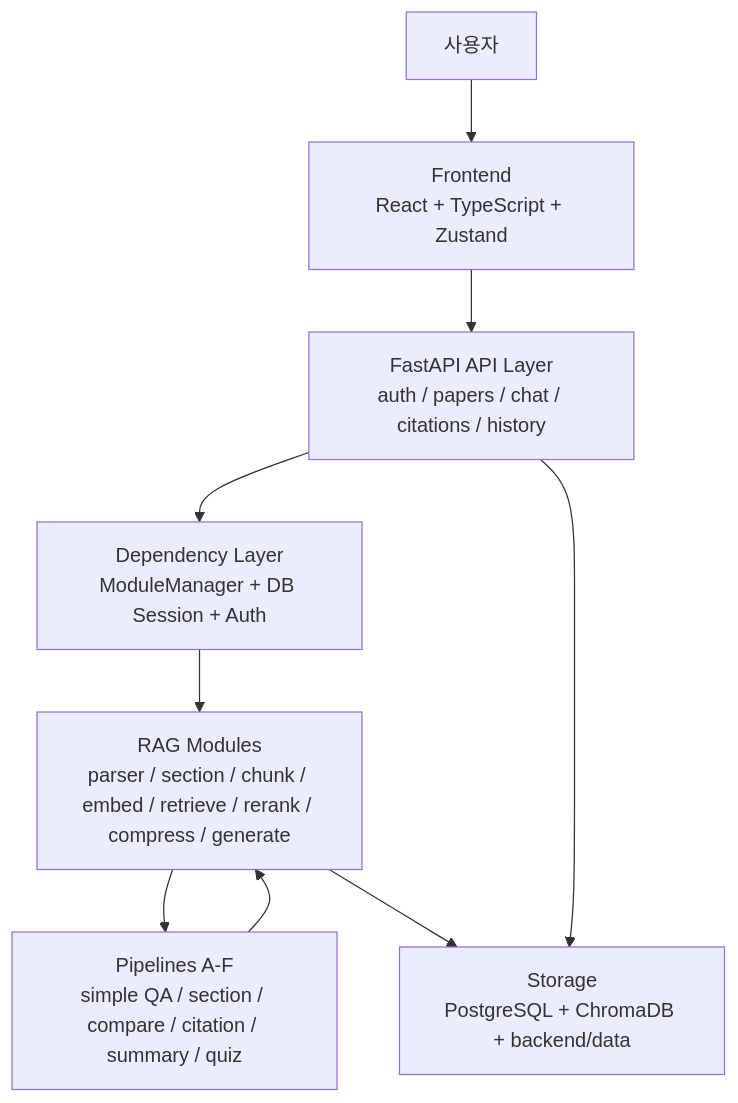
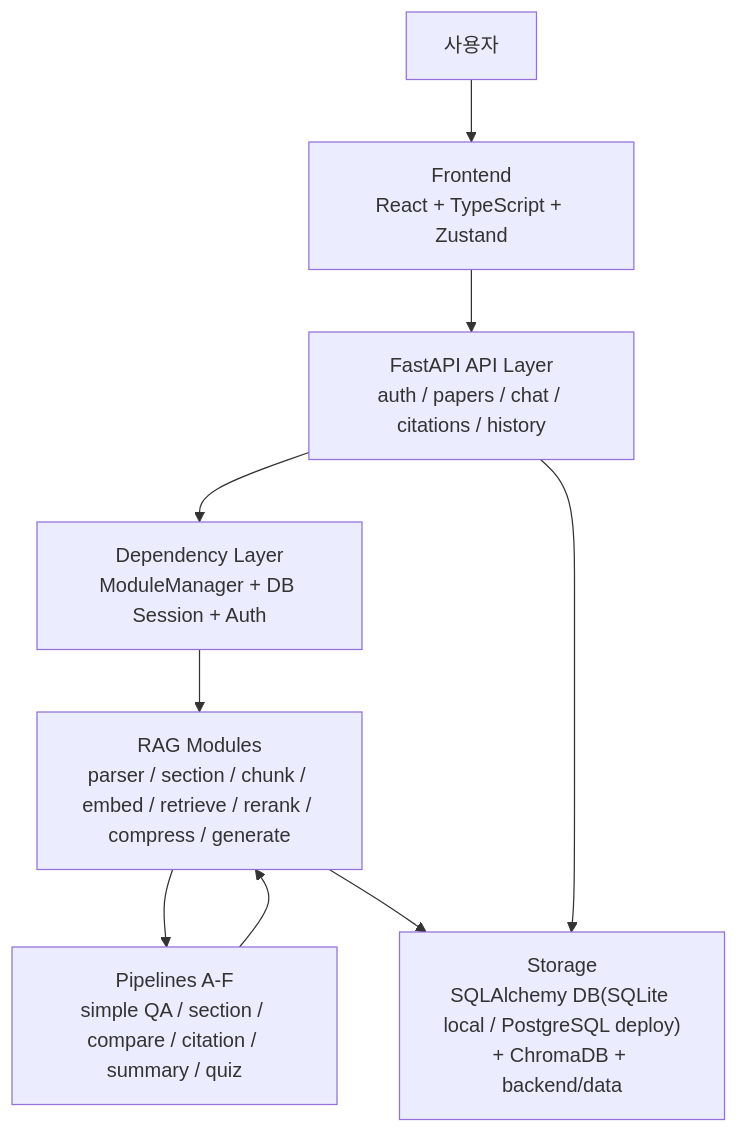
Before and after one commit to LxNx-Hn/M_RAG: the first of 2 diagrams in docs/ARCHITECTURE.md, drawn with Mermaid. The commit also changed other lines of this file and 33 other files, not shown here.

````diff
--- a/docs/ARCHITECTURE.md
+++ b/docs/ARCHITECTURE.md
@@ -8,11 +8,11 @@
 ```mermaid
 flowchart TD
     U["사용자"] --> FE["Frontend<br/>React + TypeScript + Zustand"]
     FE --> API["FastAPI API Layer<br/>auth / papers / chat / citations / history"]
     API --> DEP["Dependency Layer<br/>ModuleManager + DB Session + Auth"]
     DEP --> MOD["RAG Modules<br/>parser / section / chunk / embed / retrieve / rerank / compress / generate"]
     MOD --> PIPE["Pipelines A-F<br/>simple QA / section / compare / citation / summary / quiz"]
-    MOD --> STORE["Storage<br/>PostgreSQL + ChromaDB + backend/data"]
+    MOD --> STORE["Storage<br/>SQLAlchemy DB(SQLite local / PostgreSQL deploy)<br/>+ ChromaDB + backend/data"]
     PIPE --> MOD
     API --> STORE
 ```
````
